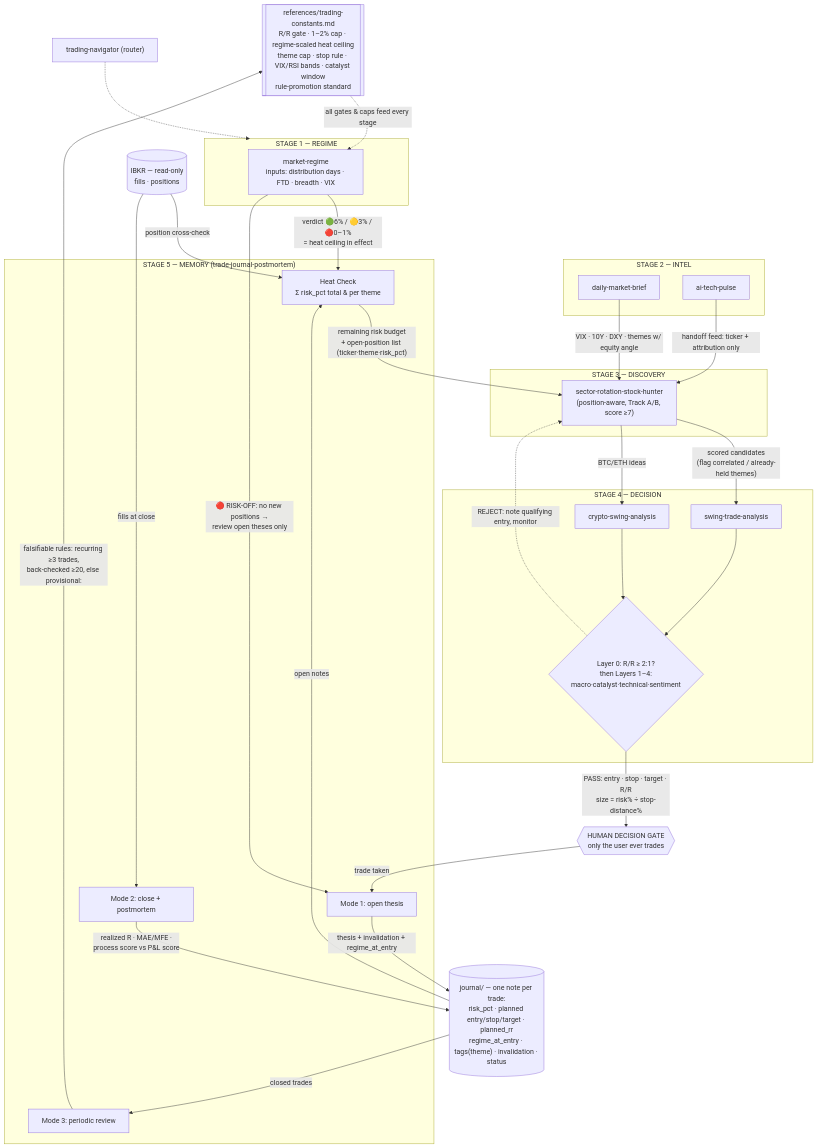
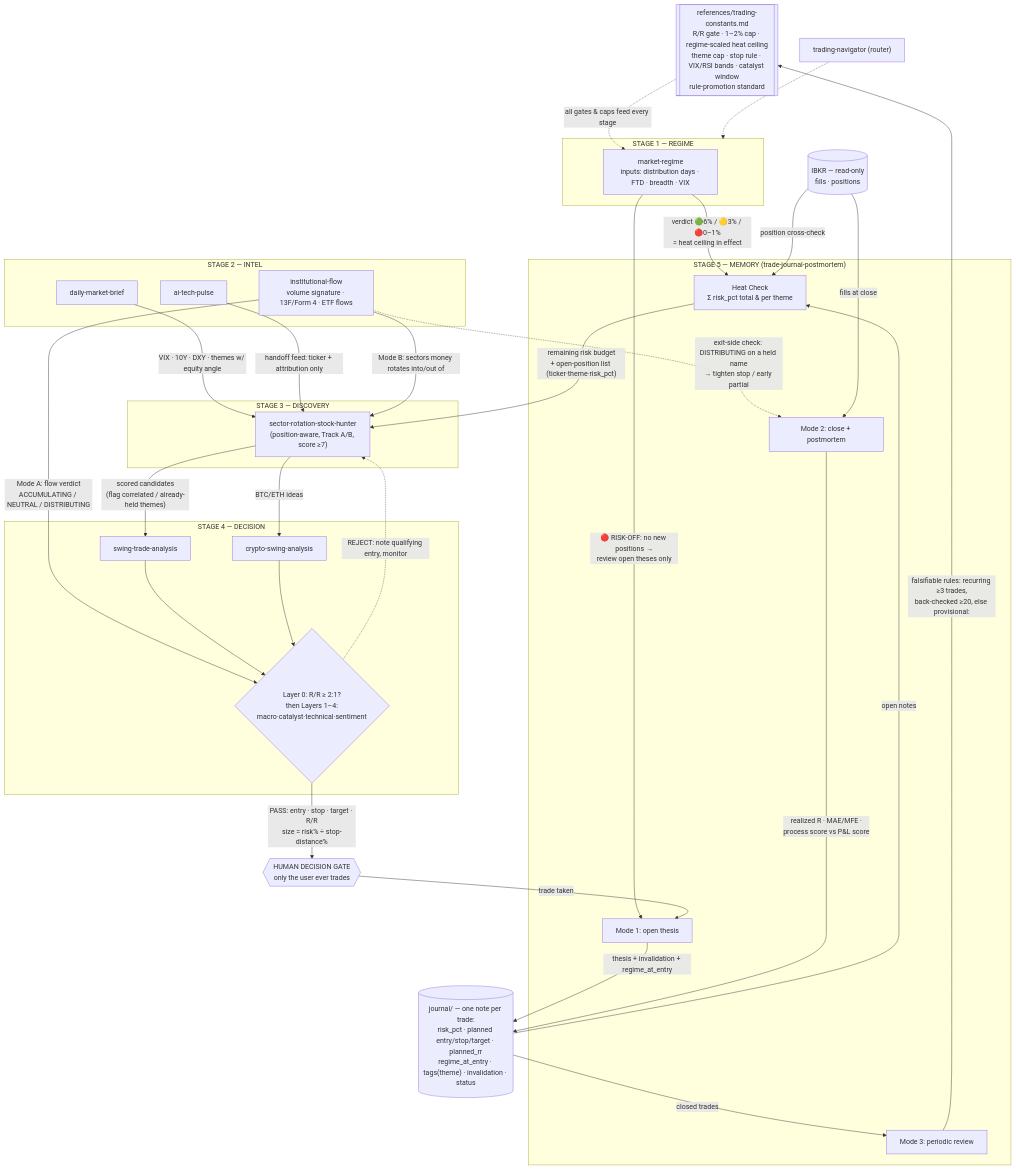
Before and after one commit to ewkugg/trading-system: the diagram in README.md, drawn with Mermaid. The commit also changed other lines of this file and 11 other files, not shown here.

First line of the commit message:
Add institutional-flow skill (big-money tracking) + README map/variable updates

````diff
--- a/README.md
+++ b/README.md
@@ -69,52 +70,56 @@
 ```mermaid
 flowchart TD
     CONST[["references/trading-constants.md<br/>R/R gate · 1–2% cap · regime-scaled heat ceiling<br/>theme cap · stop rule · VIX/RSI bands · catalyst window<br/>rule-promotion standard"]]
     NAV["trading-navigator (router)"]
 
     subgraph S1["STAGE 1 — REGIME"]
         MR["market-regime<br/>inputs: distribution days · FTD · breadth · VIX"]
     end
     subgraph S2["STAGE 2 — INTEL"]
         BRIEF["daily-market-brief"]
         PULSE["ai-tech-pulse"]
+        INST["institutional-flow<br/>volume signature · 13F/Form 4 · ETF flows"]
     end
     subgraph S3["STAGE 3 — DISCOVERY"]
         HUNT["sector-rotation-stock-hunter<br/>(position-aware, Track A/B, score ≥7)"]
     end
     subgraph S4["STAGE 4 — DECISION"]
         SWING["swing-trade-analysis"]
         CRYPTO["crypto-swing-analysis"]
         GATE{"Layer 0: R/R ≥ 2:1?<br/>then Layers 1–4:<br/>macro·catalyst·technical·sentiment"}
     end
     subgraph S5["STAGE 5 — MEMORY (trade-journal-postmortem)"]
         HC["Heat Check<br/>Σ risk_pct total & per theme"]
         M1["Mode 1: open thesis"]
         M2["Mode 2: close + postmortem"]
         M3["Mode 3: periodic review"]
     end
     JRNL[("journal/ — one note per trade:<br/>risk_pct · planned entry/stop/target · planned_rr<br/>regime_at_entry · tags(theme) · invalidation · status")]
     IBKR[("IBKR — read-only<br/>fills · positions")]
     HUMAN{{"HUMAN DECISION GATE<br/>only the user ever trades"}}
 
     MR -- "verdict 🟢6% / 🟡3% / 🔴0–1%<br/>= heat ceiling in effect" --> HC
     MR -- "🔴 RISK-OFF: no new positions →<br/>review open theses only" --> M1
     HC -- "remaining risk budget<br/>+ open-position list (ticker·theme·risk_pct)" --> HUNT
     JRNL -- "open notes" --> HC
     IBKR -- "position cross-check" --> HC
     BRIEF -- "VIX · 10Y · DXY · themes w/ equity angle" --> HUNT
     PULSE -- "handoff feed: ticker + attribution only" --> HUNT
+    INST -- "Mode B: sectors money rotates into/out of" --> HUNT
+    INST -- "Mode A: flow verdict<br/>ACCUMULATING / NEUTRAL / DISTRIBUTING" --> GATE
+    INST -. "exit-side check: DISTRIBUTING on a held name<br/>→ tighten stop / early partial" .-> M2
     HUNT -- "scored candidates<br/>(flag correlated / already-held themes)" --> SWING
     HUNT -- "BTC/ETH ideas" --> CRYPTO
     SWING --> GATE
     CRYPTO --> GATE
     GATE -- "PASS: entry · stop · target · R/R<br/>size = risk% ÷ stop-distance%" --> HUMAN
     GATE -. "REJECT: note qualifying entry, monitor" .-> HUNT
     HUMAN -- "trade taken" --> M1
     M1 -- "thesis + invalidation + regime_at_entry" --> JRNL
     IBKR -- "fills at close" --> M2
     M2 -- "realized R · MAE/MFE ·<br/>process score vs P&L score" --> JRNL
     JRNL -- "closed trades" --> M3
     M3 -- "falsifiable rules: recurring ≥3 trades,<br/>back-checked ≥20, else provisional:" --> CONST
     CONST -. "all gates & caps feed every stage" .-> MR
     NAV -.-> S1
 ```
````
